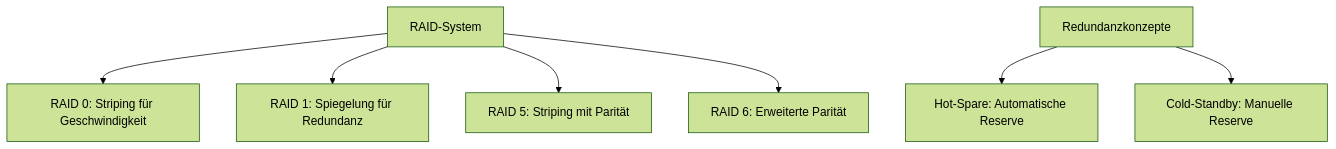
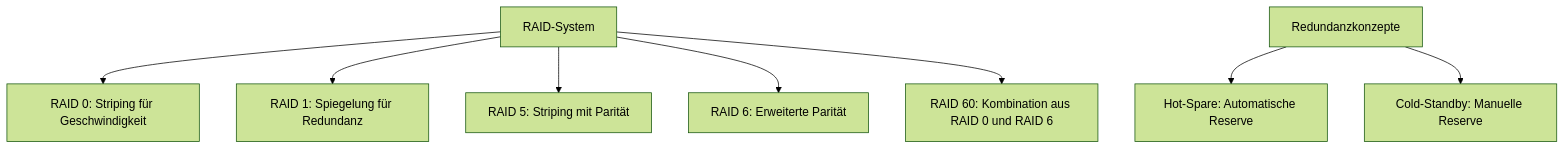
Before and after one commit to t128n/open-fidup: the first of 2 diagrams in src/content/docs/lerninhalte/raid.md, drawn with Mermaid (forest theme). The commit also changed other lines of this file and 7 other files, not shown here.

Commit message:
feat: add comprehensive documentation for DDoS attacks, ETL processes, Apache Hadoop, Apache Spark, and RAID systems, including diagrams and code examples

````diff
--- a/src/content/docs/lerninhalte/raid.md
+++ b/src/content/docs/lerninhalte/raid.md
@@ -12,9 +12,10 @@
 ```mermaid
 graph TD
     A[RAID-System] --> B[RAID 0: Striping für Geschwindigkeit]
     A --> C[RAID 1: Spiegelung für Redundanz]
     A --> D[RAID 5: Striping mit Parität]
     A --> E[RAID 6: Erweiterte Parität]
-    F[Redundanzkonzepte] --> G[Hot-Spare: Automatische Reserve]
-    F --> H[Cold-Standby: Manuelle Reserve]
+    A --> F[RAID 60: Kombination aus RAID 0 und RAID 6]
+    G[Redundanzkonzepte] --> H[Hot-Spare: Automatische Reserve]
+    G --> I[Cold-Standby: Manuelle Reserve]
 ```
````
